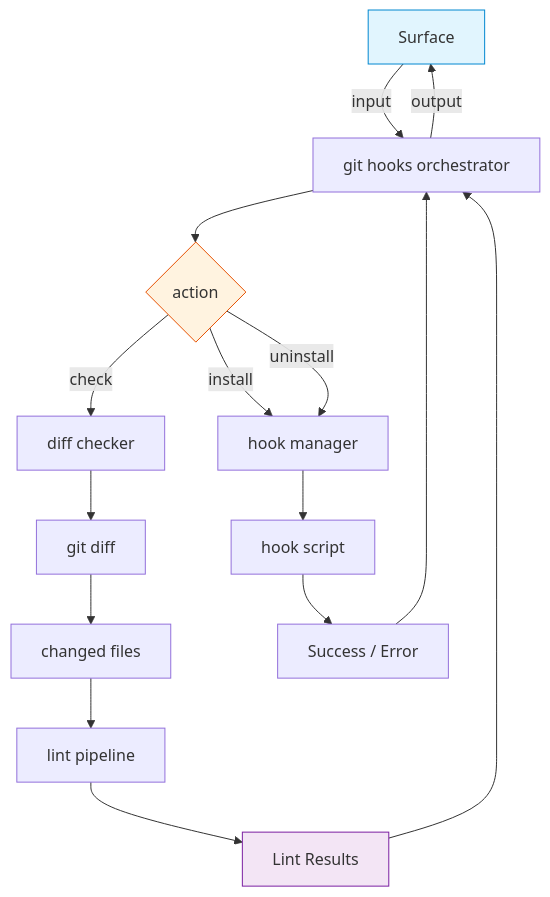
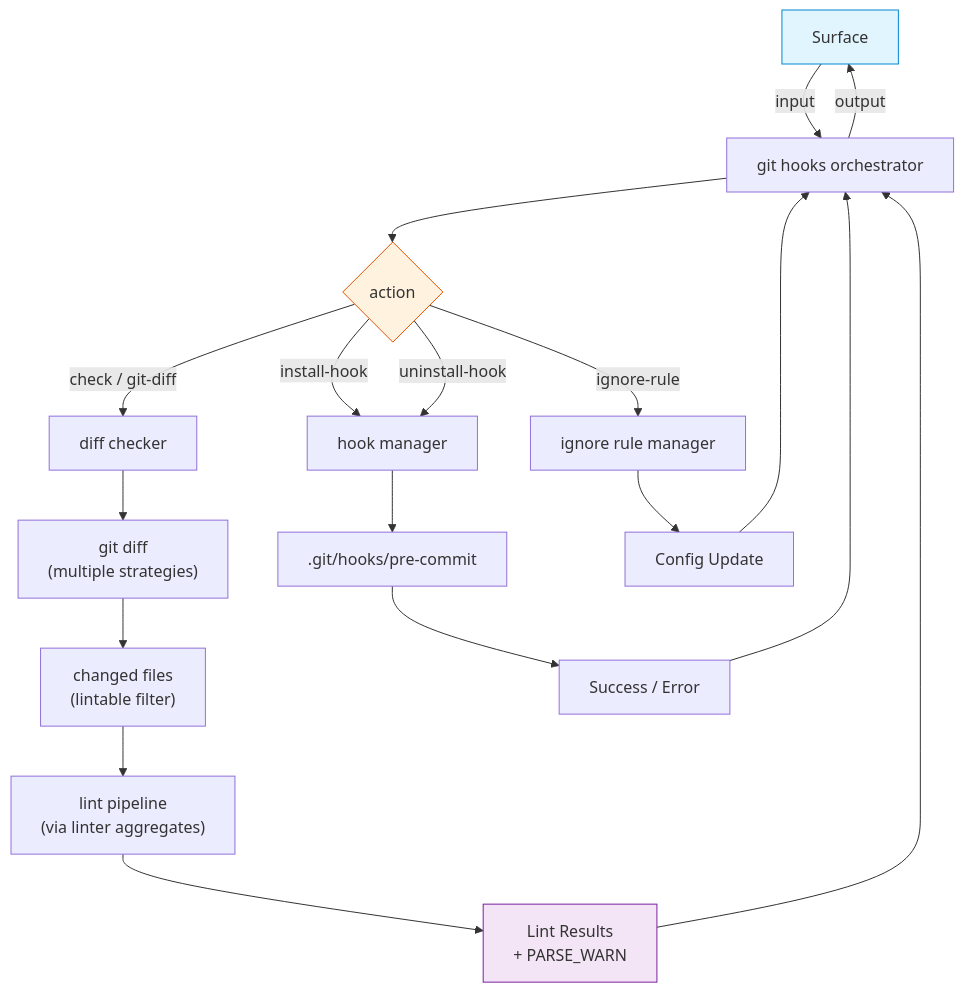
One commit to rakaarwaky/lint-arwaky changed the diagram in crates/git-hooks/FRD.md. Above: the diagram before and after it, drawn with Mermaid. The commit also changed other lines of this file and 24 other files, not shown here.

````diff
--- a/crates/git-hooks/FRD.md
+++ b/crates/git-hooks/FRD.md
@@ -8,25 +20,28 @@
 ```mermaid
 flowchart TD
     A["Surface"] -->|input| B["git hooks orchestrator"]
     B --> C{"action"}
 
-    C -->|"check"| D["diff checker"]
-    C -->|"install"| E["hook manager"]
-    C -->|"uninstall"| E
+    C -->|"check / git-diff"| D["diff checker"]
+    C -->|"install-hook"| E["hook manager"]
+    C -->|"uninstall-hook"| E
+    C -->|"ignore-rule"| F["ignore rule manager"]
 
-    D --> F["git diff"]
-    F --> G["changed files"]
-    G --> H["lint pipeline"]
-    H --> I["Lint Results"]
+    D --> G["git diff\n(multiple strategies)"]
+    G --> H["changed files\n(lintable filter)"]
+    H --> I["lint pipeline\n(via linter aggregates)"]
+    I --> J["Lint Results\n+ PARSE_WARN"]
 
-    E --> J["hook script"]
-    J --> K["Success / Error"]
+    E --> K[".git/hooks/pre-commit"]
+    K --> L["Success / Error"]
+    F --> M["Config Update"]
 
-    I --> B
-    K --> B
+    J --> B
+    L --> B
+    M --> B
     B -->|output| A
 
     style A fill:#e1f5fe,stroke:#0288d1
     style C fill:#fff3e0,stroke:#e65100
-    style I fill:#f3e5f5,stroke:#7b1fa2
+    style J fill:#f3e5f5,stroke:#7b1fa2
 ```
````
